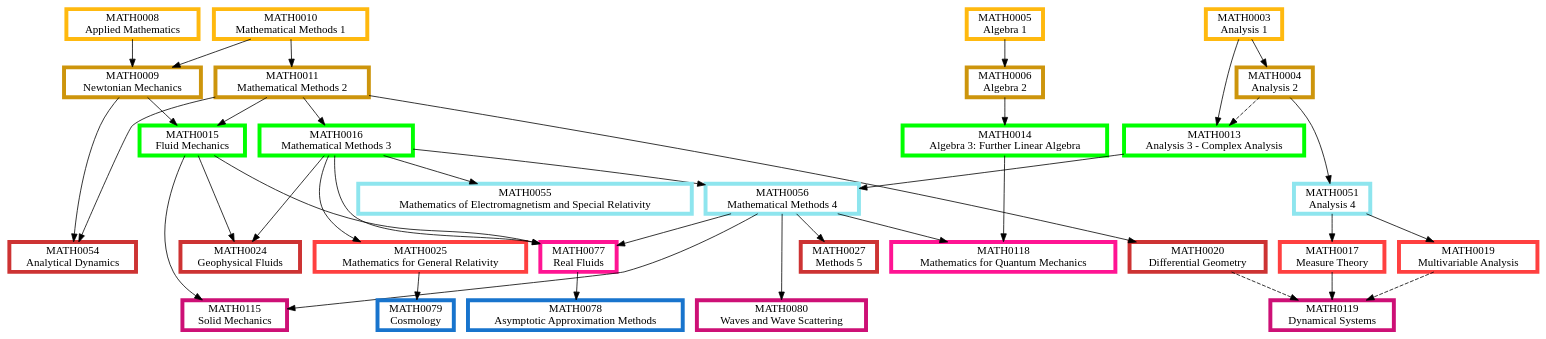
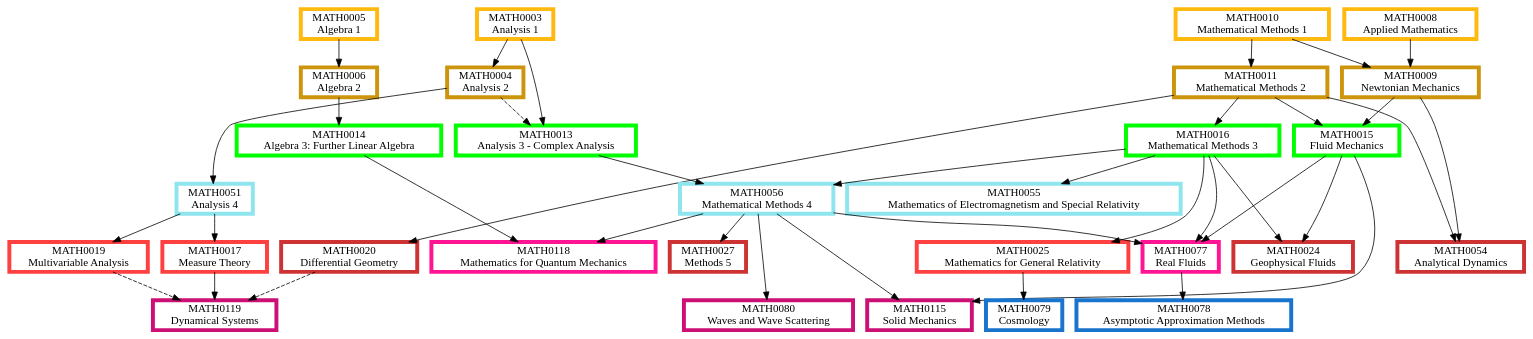
One commit to matthew-towers/pathways changed the diagram in Applied Mathematics.dot. Above: the diagram before and after it, drawn with Graphviz. The commit also changed 11 other files, not shown here.

```diff
--- a/Applied Mathematics.dot
+++ b/Applied Mathematics.dot
@@ -1,125 +1,125 @@
 digraph {
 	node [fillcolor=white penwidth=5 shape=box style="filled,bold"]
 	subgraph "1.0 1" {
 		rank=same
+		MATH0003 [label="MATH0003
+Analysis 1" color=darkgoldenrod1 href="https://www.ucl.ac.uk/maths/sites/maths/files/math0003.pdf" tooltip="Year 1, term 1"]
 		MATH0008 [label="MATH0008
 Applied Mathematics" color=darkgoldenrod1 href="https://www.ucl.ac.uk/maths/sites/maths/files/math0008.pdf" tooltip="Year 1, term 1"]
+		MATH0010 [label="MATH0010
+Mathematical Methods 1" color=darkgoldenrod1 href="https://www.ucl.ac.uk/maths/sites/maths/files/math0010.pdf" tooltip="Year 1, term 1"]
 		MATH0005 [label="MATH0005
 Algebra 1" color=darkgoldenrod1 href="https://www.ucl.ac.uk/maths/sites/maths/files/math0005.pdf" tooltip="Year 1, term 1"]
-		MATH0003 [label="MATH0003
-Analysis 1" color=darkgoldenrod1 href="https://www.ucl.ac.uk/maths/sites/maths/files/math0003.pdf" tooltip="Year 1, term 1"]
-		MATH0010 [label="MATH0010
-Mathematical Methods 1" color=darkgoldenrod1 href="https://www.ucl.ac.uk/maths/sites/maths/files/math0010.pdf" tooltip="Year 1, term 1"]
 	}
-	MATH0005 -> MATH0006
-	MATH0010 -> MATH0011
-	MATH0008 -> MATH0009
-	MATH0010 -> MATH0009
-	MATH0003 -> MATH0004
+	MATH0010 -> MATH0011 [tooltip="required prerequisite"]
+	MATH0008 -> MATH0009 [tooltip="required prerequisite"]
+	MATH0010 -> MATH0009 [tooltip="required prerequisite"]
+	MATH0005 -> MATH0006 [tooltip="required prerequisite"]
+	MATH0003 -> MATH0004 [tooltip="required prerequisite"]
 	subgraph "1.0 2" {
 		rank=same
-		MATH0006 [label="MATH0006
-Algebra 2" color=darkgoldenrod3 href="https://www.ucl.ac.uk/maths/sites/maths/files/math0006.pdf" tooltip="Year 1, term 2"]
 		MATH0011 [label="MATH0011
 Mathematical Methods 2" color=darkgoldenrod3 href="https://www.ucl.ac.uk/maths/sites/maths/files/math0011_2.pdf" tooltip="Year 1, term 2"]
 		MATH0009 [label="MATH0009
 Newtonian Mechanics" color=darkgoldenrod3 href="https://www.ucl.ac.uk/maths/sites/maths/files/math0009.pdf" tooltip="Year 1, term 2"]
+		MATH0006 [label="MATH0006
+Algebra 2" color=darkgoldenrod3 href="https://www.ucl.ac.uk/maths/sites/maths/files/math0006.pdf" tooltip="Year 1, term 2"]
 		MATH0004 [label="MATH0004
 Analysis 2" color=darkgoldenrod3 href="https://www.ucl.ac.uk/maths/sites/maths/files/math0004.pdf" tooltip="Year 1, term 2"]
 	}
-	MATH0011 -> MATH0016
-	MATH0011 -> MATH0015
-	MATH0009 -> MATH0015
-	MATH0006 -> MATH0014
-	MATH0003 -> MATH0013
-	MATH0004 -> MATH0013 [style=dashed]
-	subgraph "2 1" {
+	MATH0011 -> MATH0015 [tooltip="required prerequisite"]
+	MATH0009 -> MATH0015 [tooltip="required prerequisite"]
+	MATH0006 -> MATH0014 [tooltip="required prerequisite"]
+	MATH0003 -> MATH0013 [tooltip="required prerequisite"]
+	MATH0004 -> MATH0013 [style=dashed tooltip="recommended prerequisite"]
+	MATH0011 -> MATH0016 [tooltip="required prerequisite"]
+	subgraph "2.0 1" {
 		rank=same
-		MATH0016 [label="MATH0016
-Mathematical Methods 3" color=green1 href="https://www.ucl.ac.uk/maths/sites/maths/files/math0016.pdf" tooltip="Year 2, term 1"]
 		MATH0015 [label="MATH0015
 Fluid Mechanics" color=green1 href="https://www.ucl.ac.uk/maths/sites/maths/files/math0015.pdf" tooltip="Year 2, term 1"]
 		MATH0014 [label="MATH0014
 Algebra 3: Further Linear Algebra" color=green1 href="https://www.ucl.ac.uk/maths/sites/maths/files/math0014.pdf" tooltip="Year 2, term 1"]
 		MATH0013 [label="MATH0013
 Analysis 3 - Complex Analysis" color=green1 href="https://www.ucl.ac.uk/maths/sites/maths/files/math0013.pdf" tooltip="Year 2, term 1"]
+		MATH0016 [label="MATH0016
+Mathematical Methods 3" color=green1 href="https://www.ucl.ac.uk/maths/sites/maths/files/math0016.pdf" tooltip="Year 2, term 1"]
 	}
-	MATH0013 -> MATH0056
-	MATH0016 -> MATH0056
-	MATH0004 -> MATH0051
-	MATH0016 -> MATH0055
+	MATH0016 -> MATH0055 [tooltip="required prerequisite"]
+	MATH0004 -> MATH0051 [tooltip="required prerequisite"]
+	MATH0013 -> MATH0056 [tooltip="required prerequisite"]
+	MATH0016 -> MATH0056 [tooltip="required prerequisite"]
 	subgraph "2.5 2" {
 		rank=same
+		MATH0055 [label="MATH0055
+Mathematics of Electromagnetism and Special Relativity" color=cadetblue2 href="https://www.ucl.ac.uk/maths/sites/maths/files/math0055_3.pdf" tooltip="Year 2 or 3, term 2"]
+		MATH0051 [label="MATH0051
+Analysis 4" color=cadetblue2 href="https://www.ucl.ac.uk/maths/sites/maths/files/math0051.pdf" tooltip="Year 2 or 3, term 2"]
 		MATH0056 [label="MATH0056
 Mathematical Methods 4" color=cadetblue2 href="https://www.ucl.ac.uk/maths/sites/maths/files/math0056.pdf" tooltip="Year 2 or 3, term 2"]
-		MATH0051 [label="MATH0051
-Analysis 4" color=cadetblue2 href="https://www.ucl.ac.uk/maths/sites/maths/files/math0051.pdf" tooltip="Year 2 or 3, term 2"]
-		MATH0055 [label="MATH0055
-Mathematics of Electromagnetism and Special Relativity" color=cadetblue2 href="https://www.ucl.ac.uk/maths/sites/maths/files/math0055_3.pdf" tooltip="Year 2 or 3, term 2"]
 	}
-	MATH0051 -> MATH0017
-	MATH0051 -> MATH0019
-	MATH0016 -> MATH0025
+	MATH0016 -> MATH0025 [tooltip="required prerequisite"]
+	MATH0051 -> MATH0017 [tooltip="required prerequisite"]
+	MATH0051 -> MATH0019 [tooltip="required prerequisite"]
 	subgraph "3.0 1" {
 		rank=same
+		MATH0025 [label="MATH0025
+Mathematics for General Relativity" color=brown1 href="https://www.ucl.ac.uk/maths/sites/maths/files/math0025.pdf" tooltip="Year 3, term 1"]
 		MATH0017 [label="MATH0017
 Measure Theory" color=brown1 href="https://www.ucl.ac.uk/maths/sites/maths/files/math0017.pdf" tooltip="Year 3, term 1"]
 		MATH0019 [label="MATH0019
 Multivariable Analysis" color=brown1 href="https://www.ucl.ac.uk/maths/sites/maths/files/math0019.pdf" tooltip="Year 3, term 1"]
-		MATH0025 [label="MATH0025
-Mathematics for General Relativity" color=brown1 href="https://www.ucl.ac.uk/maths/sites/maths/files/math0025.pdf" tooltip="Year 3, term 1"]
 	}
-	MATH0011 -> MATH0020
-	MATH0015 -> MATH0024
-	MATH0016 -> MATH0024
-	MATH0011 -> MATH0054
-	MATH0009 -> MATH0054
-	MATH0056 -> MATH0027
+	MATH0056 -> MATH0027 [tooltip="required prerequisite"]
+	MATH0011 -> MATH0020 [tooltip="required prerequisite"]
+	MATH0011 -> MATH0054 [tooltip="required prerequisite"]
+	MATH0009 -> MATH0054 [tooltip="required prerequisite"]
+	MATH0015 -> MATH0024 [tooltip="required prerequisite"]
+	MATH0016 -> MATH0024 [tooltip="required prerequisite"]
 	subgraph "3.0 2" {
 		rank=same
+		MATH0027 [label="MATH0027
+Methods 5" color=brown3 href="https://www.ucl.ac.uk/maths/sites/maths/files/math0027.pdf" tooltip="Year 3, term 2"]
 		MATH0020 [label="MATH0020
 Differential Geometry" color=brown3 href="https://www.ucl.ac.uk/maths/sites/maths/files/math0020.pdf" tooltip="Year 3, term 2"]
+		MATH0054 [label="MATH0054
+Analytical Dynamics" color=brown3 href="https://www.ucl.ac.uk/maths/sites/maths/files/math0054.pdf" tooltip="Year 3, term 2"]
 		MATH0024 [label="MATH0024
 Geophysical Fluids" color=brown3 href="https://www.ucl.ac.uk/maths/sites/maths/files/math0024.pdf" tooltip="Year 3, term 2"]
-		MATH0054 [label="MATH0054
-Analytical Dynamics" color=brown3 href="https://www.ucl.ac.uk/maths/sites/maths/files/math0054.pdf" tooltip="Year 3, term 2"]
-		MATH0027 [label="MATH0027
-Methods 5" color=brown3 href="https://www.ucl.ac.uk/maths/sites/maths/files/math0027.pdf" tooltip="Year 3, term 2"]
 	}
-	MATH0015 -> MATH0077
-	MATH0016 -> MATH0077
-	MATH0056 -> MATH0077
-	MATH0056 -> MATH0118
-	MATH0014 -> MATH0118
+	MATH0015 -> MATH0077 [tooltip="required prerequisite"]
+	MATH0016 -> MATH0077 [tooltip="required prerequisite"]
+	MATH0056 -> MATH0077 [tooltip="required prerequisite"]
+	MATH0056 -> MATH0118 [tooltip="required prerequisite"]
+	MATH0014 -> MATH0118 [tooltip="required prerequisite"]
 	subgraph "3.5 1" {
 		rank=same
 		MATH0077 [label="MATH0077
 Real Fluids" color=deeppink1 href="https://www.ucl.ac.uk/maths/sites/maths/files/math0077.pdf" tooltip="Year 3 or 4, term 1"]
 		MATH0118 [label="MATH0118
 Mathematics for Quantum Mechanics" color=deeppink1 href="https://www.ucl.ac.uk/maths/sites/maths/files/math0118.pdf" tooltip="Year 3 or 4, term 1"]
 	}
-	MATH0017 -> MATH0119
-	MATH0019 -> MATH0119 [style=dashed]
-	MATH0020 -> MATH0119 [style=dashed]
-	MATH0056 -> MATH0080
-	MATH0015 -> MATH0115
-	MATH0056 -> MATH0115
+	MATH0015 -> MATH0115 [tooltip="required prerequisite"]
+	MATH0056 -> MATH0115 [tooltip="required prerequisite"]
+	MATH0056 -> MATH0080 [tooltip="required prerequisite"]
+	MATH0017 -> MATH0119 [tooltip="required prerequisite"]
+	MATH0019 -> MATH0119 [style=dashed tooltip="recommended prerequisite"]
+	MATH0020 -> MATH0119 [style=dashed tooltip="recommended prerequisite"]
 	subgraph "3.5 2" {
 		rank=same
+		MATH0115 [label="MATH0115
+Solid Mechanics" color=deeppink3 href="https://www.ucl.ac.uk/maths/sites/maths/files/math0115_syllabus.pdf" tooltip="Year 3 or 4, term 2"]
+		MATH0080 [label="MATH0080
+Waves and Wave Scattering" color=deeppink3 href="https://www.ucl.ac.uk/maths/sites/maths/files/math0080.pdf" tooltip="Year 3 or 4, term 2"]
 		MATH0119 [label="MATH0119
 Dynamical Systems" color=deeppink3 href="https://www.ucl.ac.uk/maths/sites/maths/files/math0119.pdf" tooltip="Year 3 or 4, term 2"]
-		MATH0080 [label="MATH0080
-Waves and Wave Scattering" color=deeppink3 href="https://www.ucl.ac.uk/maths/sites/maths/files/math0080.pdf" tooltip="Year 3 or 4, term 2"]
-		MATH0115 [label="MATH0115
-Solid Mechanics" color=deeppink3 href="https://www.ucl.ac.uk/maths/sites/maths/files/math0115_syllabus.pdf" tooltip="Year 3 or 4, term 2"]
 	}
-	MATH0077 -> MATH0078
-	MATH0025 -> MATH0079
+	MATH0077 -> MATH0078 [tooltip="required prerequisite"]
+	MATH0025 -> MATH0079 [tooltip="required prerequisite"]
 	subgraph "4.0 2" {
 		rank=same
 		MATH0078 [label="MATH0078
 Asymptotic Approximation Methods" color=dodgerblue3 href="https://www.ucl.ac.uk/maths/sites/maths/files/math0078.pdf" tooltip="Year 4, term 2"]
 		MATH0079 [label="MATH0079
 Cosmology" color=dodgerblue3 href="https://www.ucl.ac.uk/maths/sites/maths/files/math0079.pdf" tooltip="Year 4, term 2"]
 	}
 }
```
